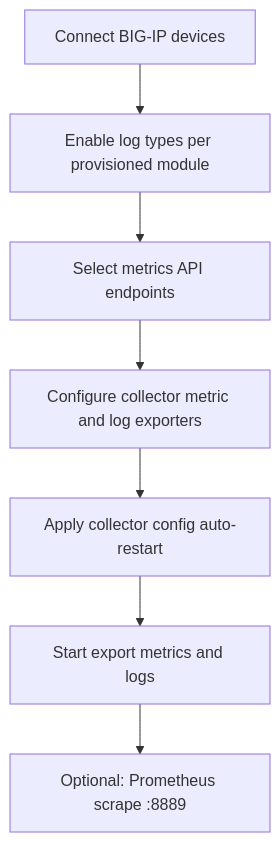
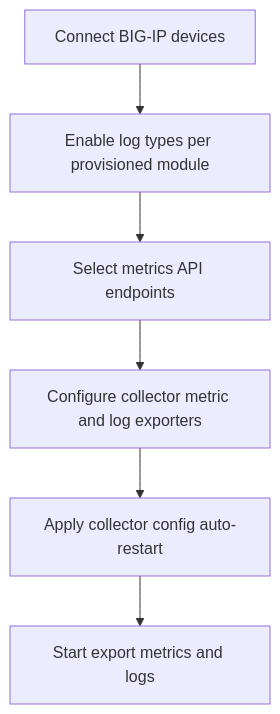
One commit to gregcoward/BIG-IP-Telemetry-Exporter changed the second of 3 diagrams in README.md. Above: the diagram before and after it, drawn with Mermaid. The commit also changed other lines of this file and 28 other files, not shown here.

````diff
--- a/README.md
+++ b/README.md
@@ -67,9 +65,8 @@
 ```mermaid
 flowchart TD
   A[Connect BIG-IP devices] --> B[Enable log types per provisioned module]
   B --> C[Select metrics API endpoints]
   C --> D[Configure collector metric and log exporters]
   D --> E[Apply collector config auto-restart]
   E --> F[Start export metrics and logs]
-  F --> G[Optional: Prometheus scrape :8889]
 ```
````
